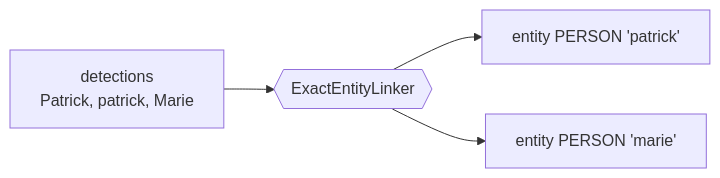
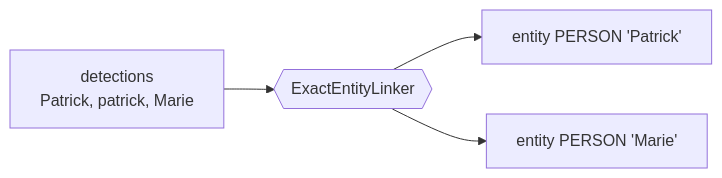
The second of 4 diagrams in docs/en/conception.md (Athroniaeth/piighost), drawn with Mermaid before and after one commit. The commit also changed other lines of this file and 139 other files, not shown here.

````diff
--- a/docs/en/conception.md
+++ b/docs/en/conception.md
@@ -107,6 +109,6 @@
 ```mermaid
 flowchart LR
     D["detections\nPatrick, patrick, Marie"] --> L{{"ExactEntityLinker"}}
-    L --> E1["entity PERSON 'patrick'"]
-    L --> E2["entity PERSON 'marie'"]
+    L --> E1["entity PERSON 'Patrick'"]
+    L --> E2["entity PERSON 'Marie'"]
 ```
````
